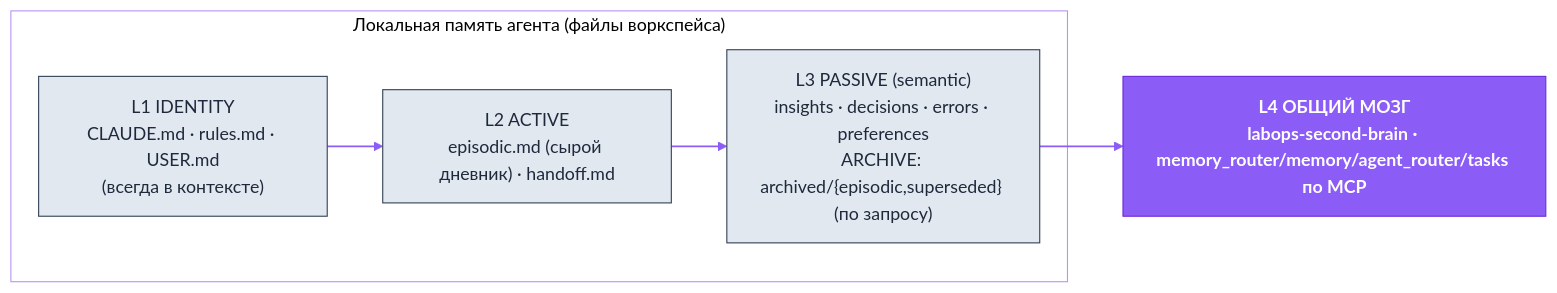
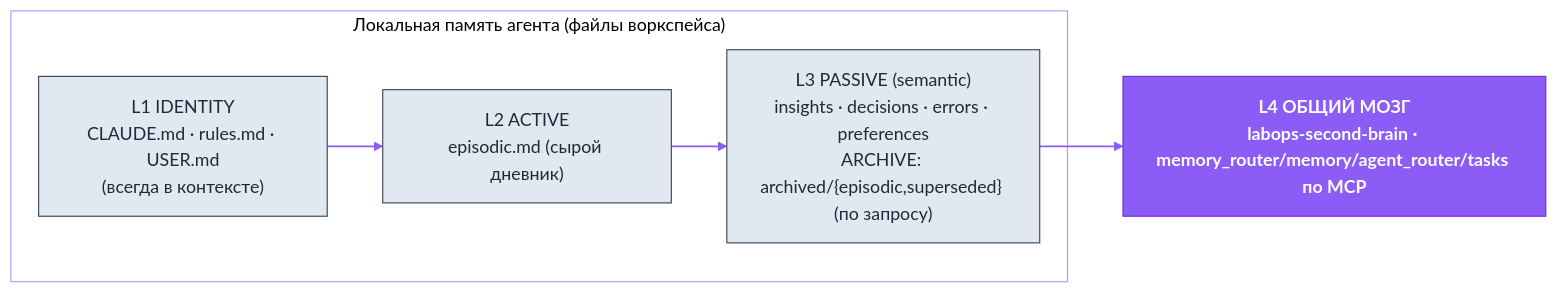
Before and after one commit to dediukhinpa/labops-ai-assistant: the third of 4 diagrams in agent-architecture/README.ru.md, drawn with Mermaid. The commit also changed other lines of this file and 49 other files, not shown here.

````diff
--- a/agent-architecture/README.ru.md
+++ b/agent-architecture/README.ru.md
@@ -237,18 +237,18 @@
 ```mermaid
 %%{init: {'theme':'base','themeVariables':{'primaryColor':'#EDE9FE','primaryTextColor':'#4C1D95','primaryBorderColor':'#8B5CF6','lineColor':'#8B5CF6','secondaryColor':'#F1F5F9','tertiaryColor':'#ffffff','clusterBkg':'transparent','clusterBorder':'#B794F4','fontFamily':'Helvetica,Arial,sans-serif'}}}%%
 flowchart LR
   subgraph local["Локальная память агента (файлы воркспейса)"]
     L1["L1 IDENTITY<br/>CLAUDE.md · rules.md · USER.md<br/>(всегда в контексте)"]
-    L2["L2 ACTIVE<br/>episodic.md (сырой дневник) · handoff.md"]
+    L2["L2 ACTIVE<br/>episodic.md (сырой дневник)"]
     L3["L3 PASSIVE (semantic)<br/>insights · decisions · errors · preferences<br/>ARCHIVE: archived/{episodic,superseded} (по запросу)"]
   end
   L4["L4 ОБЩИЙ МОЗГ<br/>labops-second-brain · memory_router/memory/agent_router/tasks по MCP"]
   L1 --> L2 --> L3 --> L4
   classDef brand fill:#8B5CF6,stroke:#6D28D9,color:#ffffff,font-weight:bold
   classDef ext fill:#CCFBF1,stroke:#0D9488,color:#0F766E
   classDef store fill:#FEF3C7,stroke:#D97706,color:#92400E
   classDef sys fill:#E2E8F0,stroke:#334155,color:#1E293B
   linkStyle default stroke:#8B5CF6,stroke-width:1.5px
   class L4 brand
   class L1,L2,L3 sys
 ```
````
